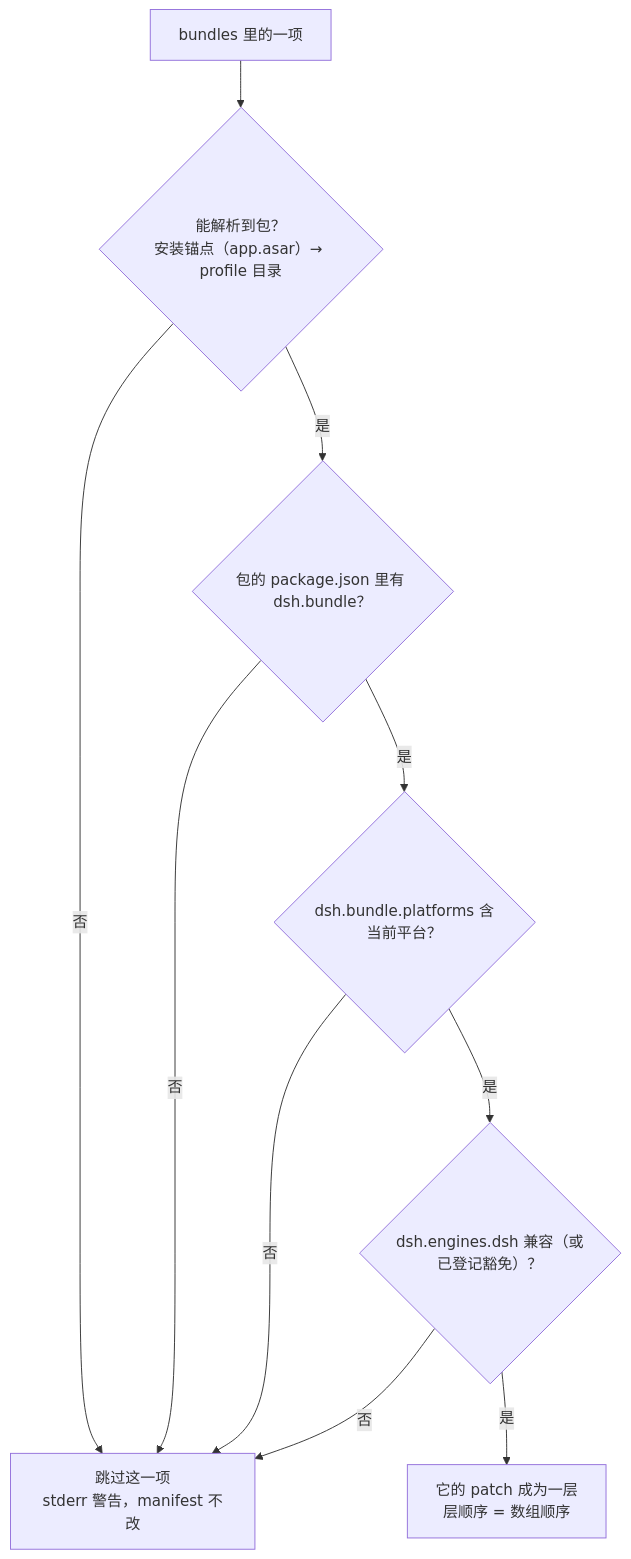
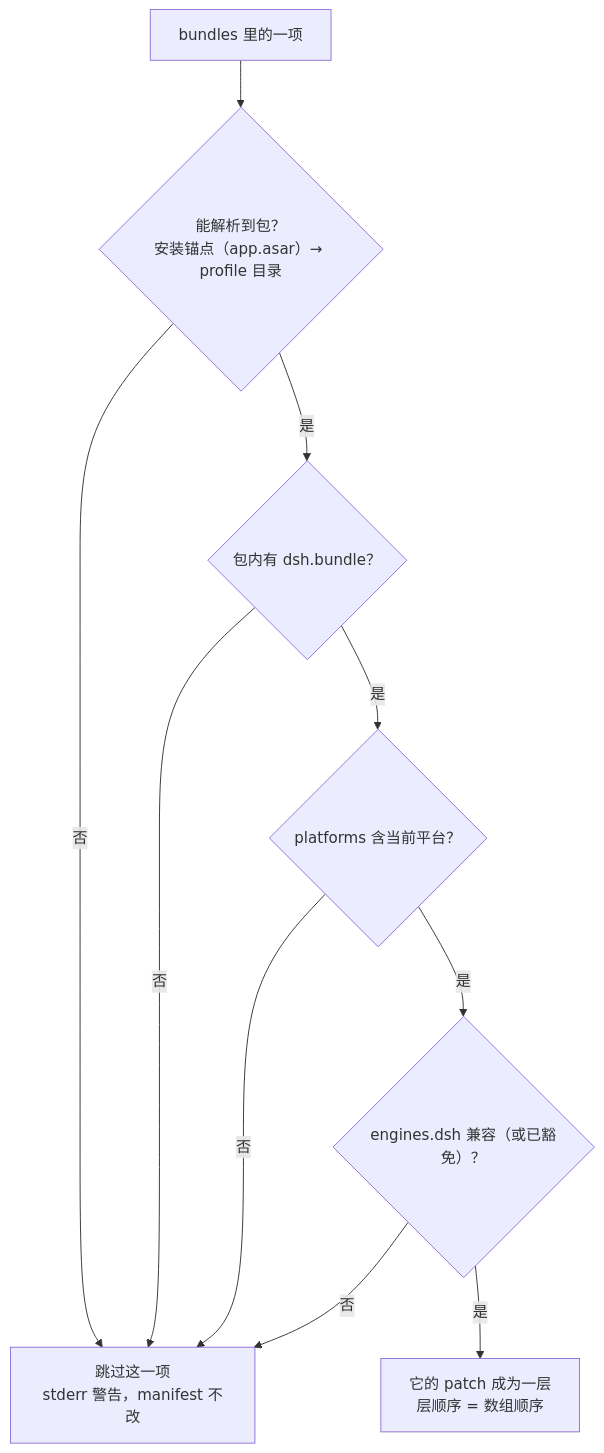
One commit to sogeisetsu/opencode-agent-sandbox changed the second of 3 diagrams in knowledge/deepseek-harness/插件体系与安装.md. Above: the diagram before and after it, drawn with Mermaid. The commit also changed other lines of this file and 1 other file, not shown here.

````diff
--- a/knowledge/deepseek-harness/插件体系与安装.md
+++ b/knowledge/deepseek-harness/插件体系与安装.md
@@ -181,12 +241,12 @@
 ```mermaid
 flowchart TD
   S["bundles 里的一项"] --> R{"能解析到包？<br/>安装锚点（app.asar）→ profile 目录"}
   R -->|否| SKIP["跳过这一项<br/>stderr 警告，manifest 不改"]
-  R -->|是| B{"包的 package.json 里有 dsh.bundle？"}
+  R -->|是| B{"包内有 dsh.bundle？"}
   B -->|否| SKIP
-  B -->|是| P{"dsh.bundle.platforms 含当前平台？"}
+  B -->|是| P{"platforms 含当前平台？"}
   P -->|否| SKIP
-  P -->|是| E{"dsh.engines.dsh 兼容（或已登记豁免）？"}
+  P -->|是| E{"engines.dsh 兼容（或已豁免）？"}
   E -->|否| SKIP
   E -->|是| L["它的 patch 成为一层<br/>层顺序 = 数组顺序"]
 ```
````
